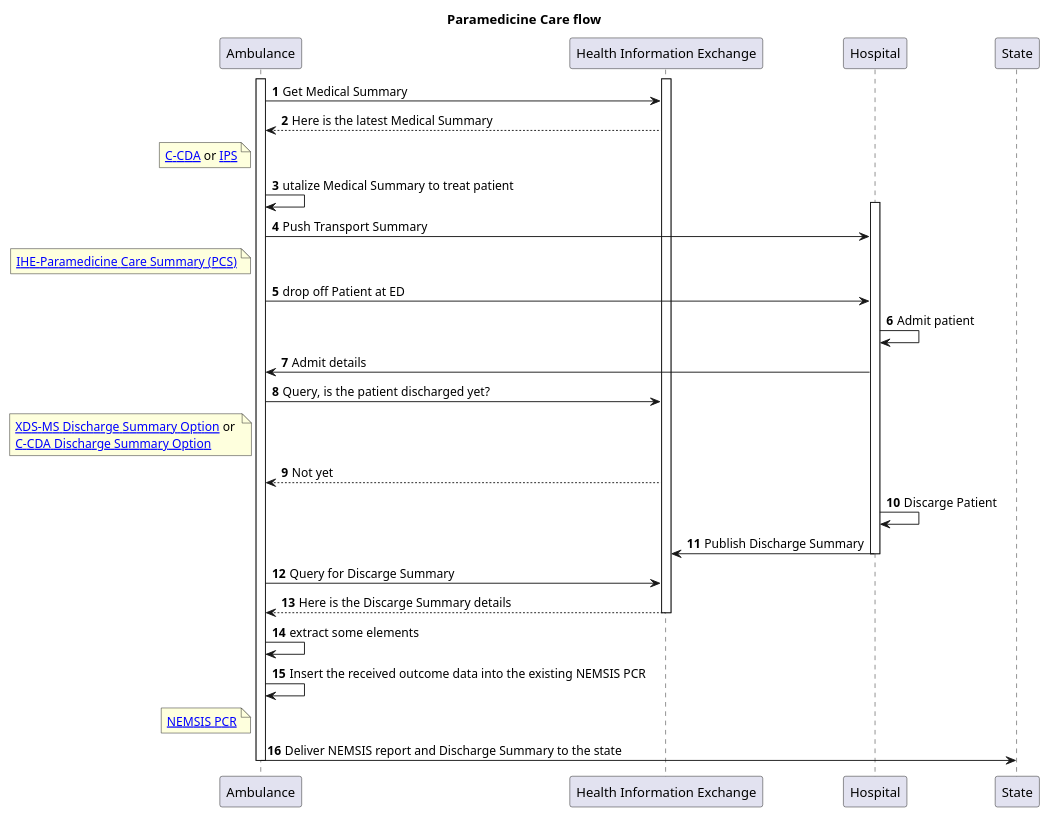
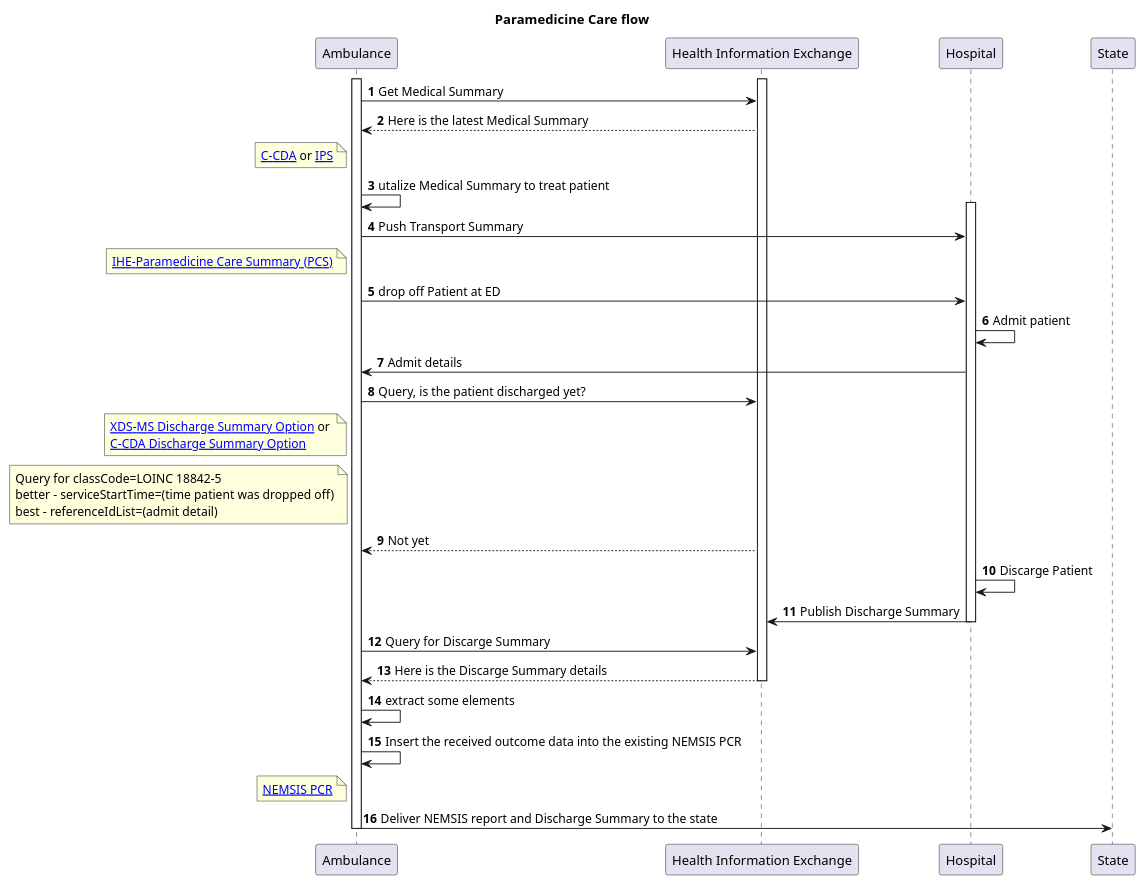
One commit to IHE/EMS-Overall changed the diagram in input/images-source/usecase1-processflow.plantuml. Above: the diagram before and after it, drawn with PlantUML.

Commit message:
add query Discharge Summary detail

```diff
--- a/input/images-source/usecase1-processflow.plantuml
+++ b/input/images-source/usecase1-processflow.plantuml
@@ -1,43 +1,44 @@
 @startuml
 title Paramedicine Care flow
 participant "Ambulance" as Ambulance
 participant "Health Information Exchange" as HIE [[https://profiles.ihe.net/ITI/HIE-Whitepaper/index.html HIE-Whitepaper]]
 autonumber
 activate Ambulance
 activate HIE
 Ambulance -> HIE: Get Medical Summary
 Ambulance <-- HIE: Here is the latest Medical Summary
 Note left of Ambulance: [[https://www.hl7.org/ccdasearch/ C-CDA]] or [[https://hl7.org/fhir/uv/ips/ IPS]]
 
 Ambulance -> Ambulance: utalize Medical Summary to treat patient
 
 activate Hospital
 Ambulance -> Hospital: Push Transport Summary 
 Note left of Ambulance: [[https://www.ihe.net//uploadedFiles/Documents/PCC/IHE_PCC_Suppl_PCS.pdf IHE-Paramedicine Care Summary (PCS)]]
 
 Ambulance -> Hospital: drop off Patient at ED
 
 Hospital-> Hospital: Admit patient
 
 Hospital -> Ambulance: Admit details
 
 Ambulance -> HIE: Query, is the patient discharged yet? 
 Note left of Ambulance: [[https://www.ihe.net/uploadedFiles/Documents/PCC/IHE_PCC_TF_Vol1.pdf#nameddest=3_4_2_2_Discharge_Summary_Optio XDS-MS Discharge Summary Option]] or \n[[https://www.hl7.org/ccdasearch/templates/2.16.840.1.113883.10.20.22.1.8.html C-CDA Discharge Summary Option]]
+Note left of Ambulance: Query for classCode=LOINC 18842-5\nbetter - serviceStartTime=(time patient was dropped off)\nbest - referenceIdList=(admit detail)
 Ambulance <-- HIE: Not yet
 
 Hospital -> Hospital: Discarge Patient
 Hospital -> HIE: Publish Discharge Summary
 deactivate Hospital
 
 Ambulance -> HIE: Query for Discarge Summary
 Ambulance <-- HIE: Here is the Discarge Summary details
 deactivate HIE
 
 Ambulance -> Ambulance: extract some elements
 Ambulance -> Ambulance: Insert the received outcome data into the existing NEMSIS PCR
 Note left of Ambulance: [[https://nemsis.org/technical-resources NEMSIS PCR]]
 Ambulance -> State: Deliver NEMSIS report and Discharge Summary to the state
 
 deactivate Ambulance
 
 @enduml
```
